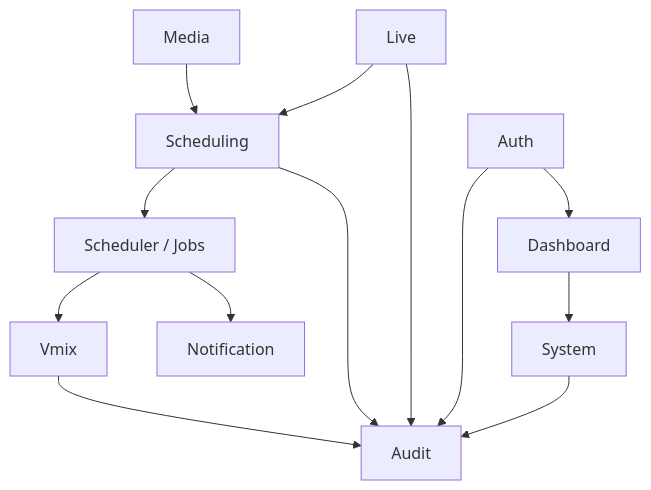
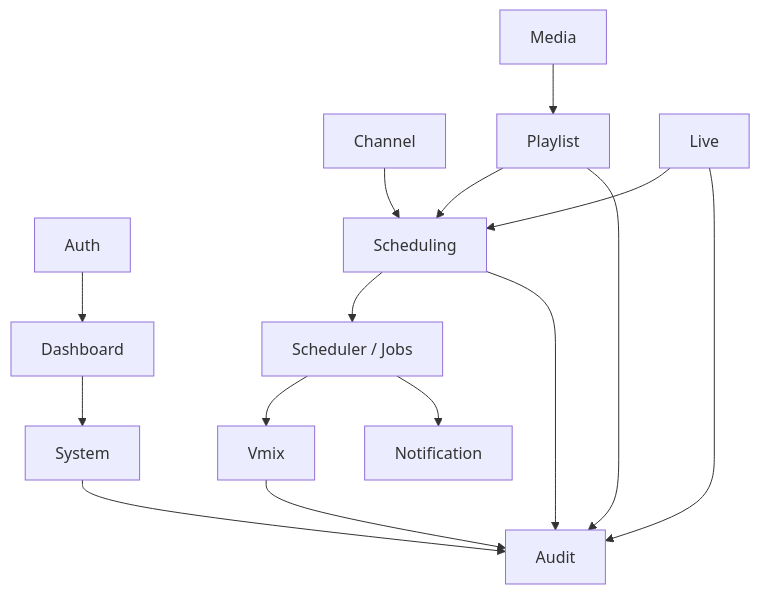
One commit to MJAK-43/balafon-tv-automation changed the second of 4 diagrams in docs/poc-architecture.md. Above: the diagram before and after it, drawn with Mermaid. The commit also changed other lines of this file and 171 other files, not shown here.

````diff
--- a/docs/poc-architecture.md
+++ b/docs/poc-architecture.md
@@ -260,15 +320,17 @@
 ```mermaid
 flowchart TD
     Auth --> Dashboard
-    Media --> Scheduling
+    Channel --> Scheduling
+    Media --> Playlist
+    Playlist --> Scheduling
     Live --> Scheduling
     Scheduling --> Automation[Scheduler / Jobs]
     Automation --> Vmix
     Vmix --> Audit
+    Playlist --> Audit
     Scheduling --> Audit
     Live --> Audit
     Automation --> Notification
-    Auth --> Audit
     System --> Audit
     Dashboard --> System
 ```
````
